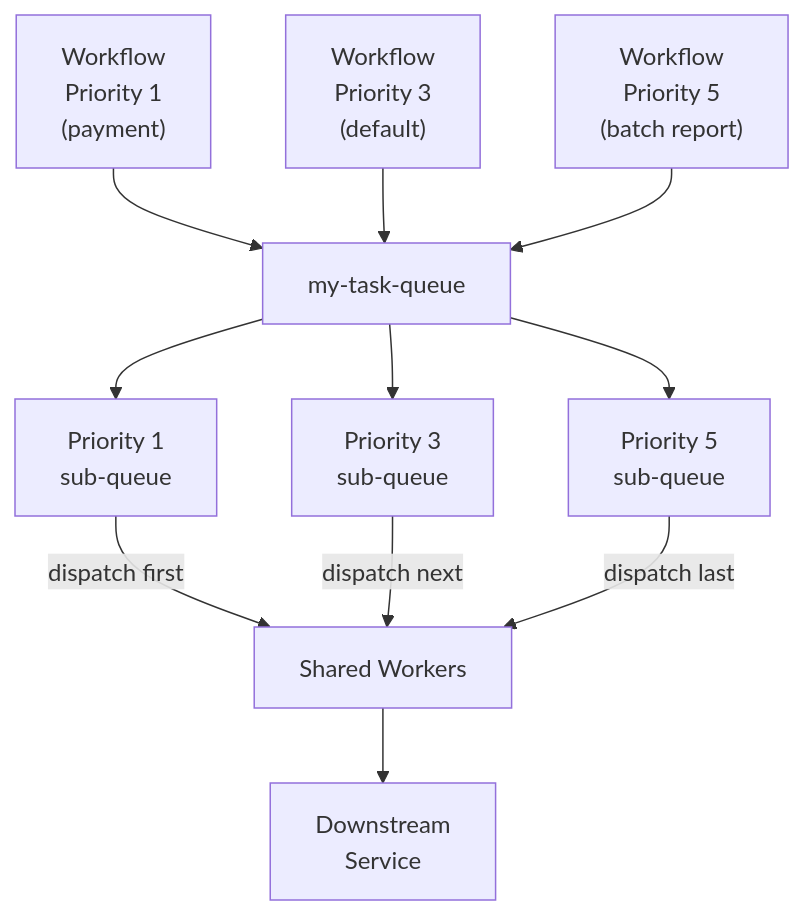
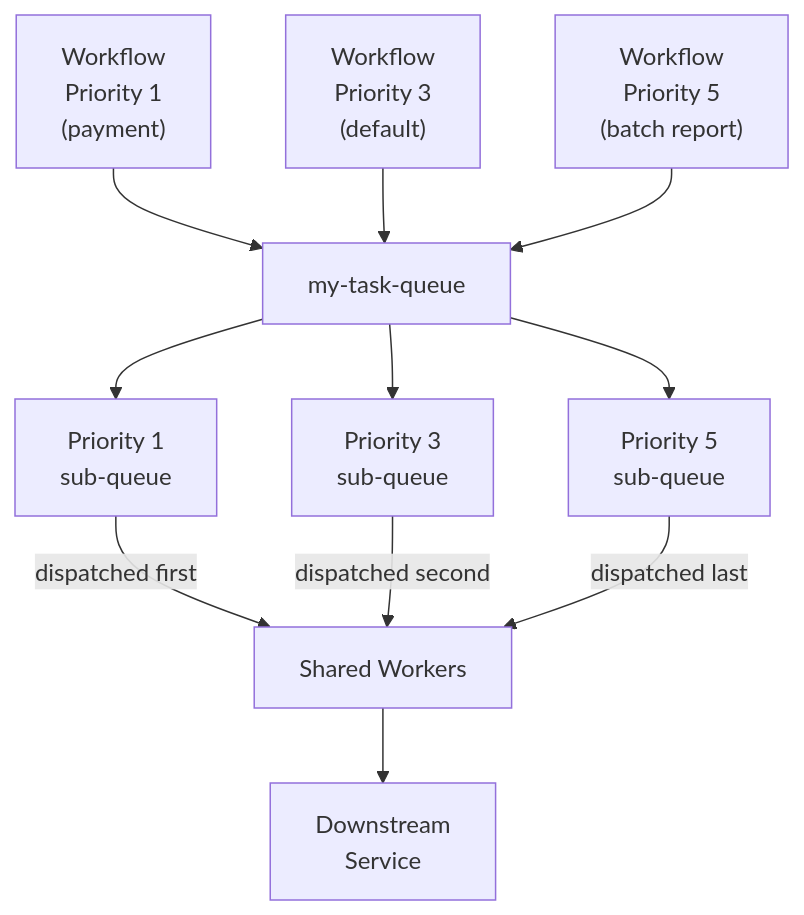
The diagram in docs/design-patterns/priority-task-queues.mdx (temporalio/documentation), drawn with Mermaid before and after one commit. The commit also changed other lines of this file and 2 other files, not shown here.

````diff
--- a/docs/design-patterns/priority-task-queues.mdx
+++ b/docs/design-patterns/priority-task-queues.mdx
@@ -28,13 +28,13 @@
 ```mermaid
 flowchart TD
     WF1["Workflow\nPriority 1\n(payment)"] --> TQ["my-task-queue"]
     WF2["Workflow\nPriority 3\n(default)"] --> TQ
     WF3["Workflow\nPriority 5\n(batch report)"] --> TQ
     TQ --> P1["Priority 1\nsub-queue"]
     TQ --> P3["Priority 3\nsub-queue"]
     TQ --> P5["Priority 5\nsub-queue"]
-    P1 -->|dispatch first| W["Shared Workers"]
-    P3 -->|dispatch next| W
-    P5 -->|dispatch last| W
+    P1 -->|dispatched first| W["Shared Workers"]
+    P3 -->|dispatched second| W
+    P5 -->|dispatched last| W
     W --> DS["Downstream\nService"]
 ```
````
